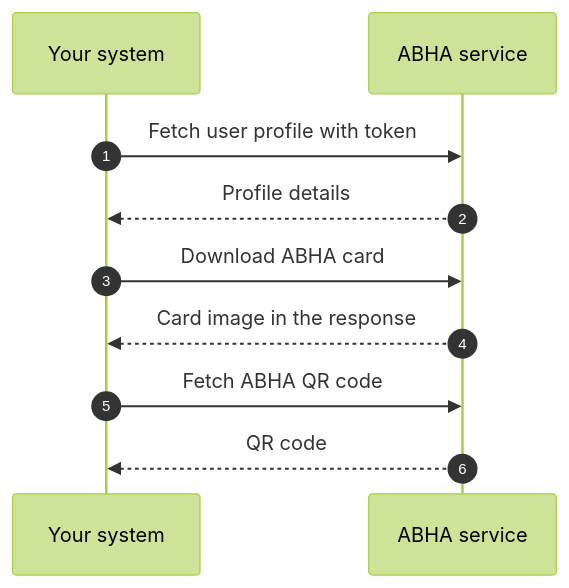
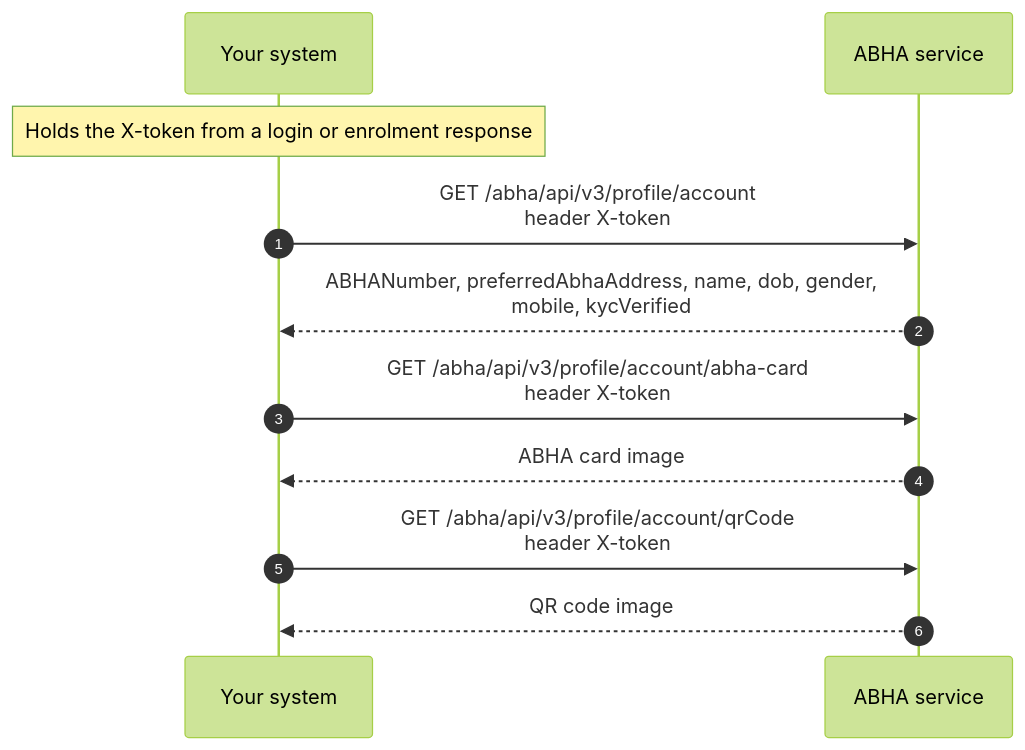
The sixth of 6 diagrams in site/docs/hiecm/v3/milestones/m1.mdx (nha-in/docs), drawn with Mermaid (forest theme) before and after one commit. The commit also changed other lines of this file and 4 other files, not shown here.

````diff
--- a/site/docs/hiecm/v3/milestones/m1.mdx
+++ b/site/docs/hiecm/v3/milestones/m1.mdx
@@ -314,12 +327,13 @@
 ```mermaid
 sequenceDiagram
     autonumber
     participant S as Your system
     participant A as ABHA service
-    S->>A: Fetch user profile with token
-    A-->>S: Profile details
-    S->>A: Download ABHA card
-    A-->>S: Card image in the response
-    S->>A: Fetch ABHA QR code
-    A-->>S: QR code
+    Note over S: Holds the X-token from a login or enrolment response
+    S->>A: GET /abha/api/v3/profile/account<br/>header X-token
+    A-->>S: ABHANumber, preferredAbhaAddress, name, dob, gender,<br/>mobile, kycVerified
+    S->>A: GET /abha/api/v3/profile/account/abha-card<br/>header X-token
+    A-->>S: ABHA card image
+    S->>A: GET /abha/api/v3/profile/account/qrCode<br/>header X-token
+    A-->>S: QR code image
 ```
````
